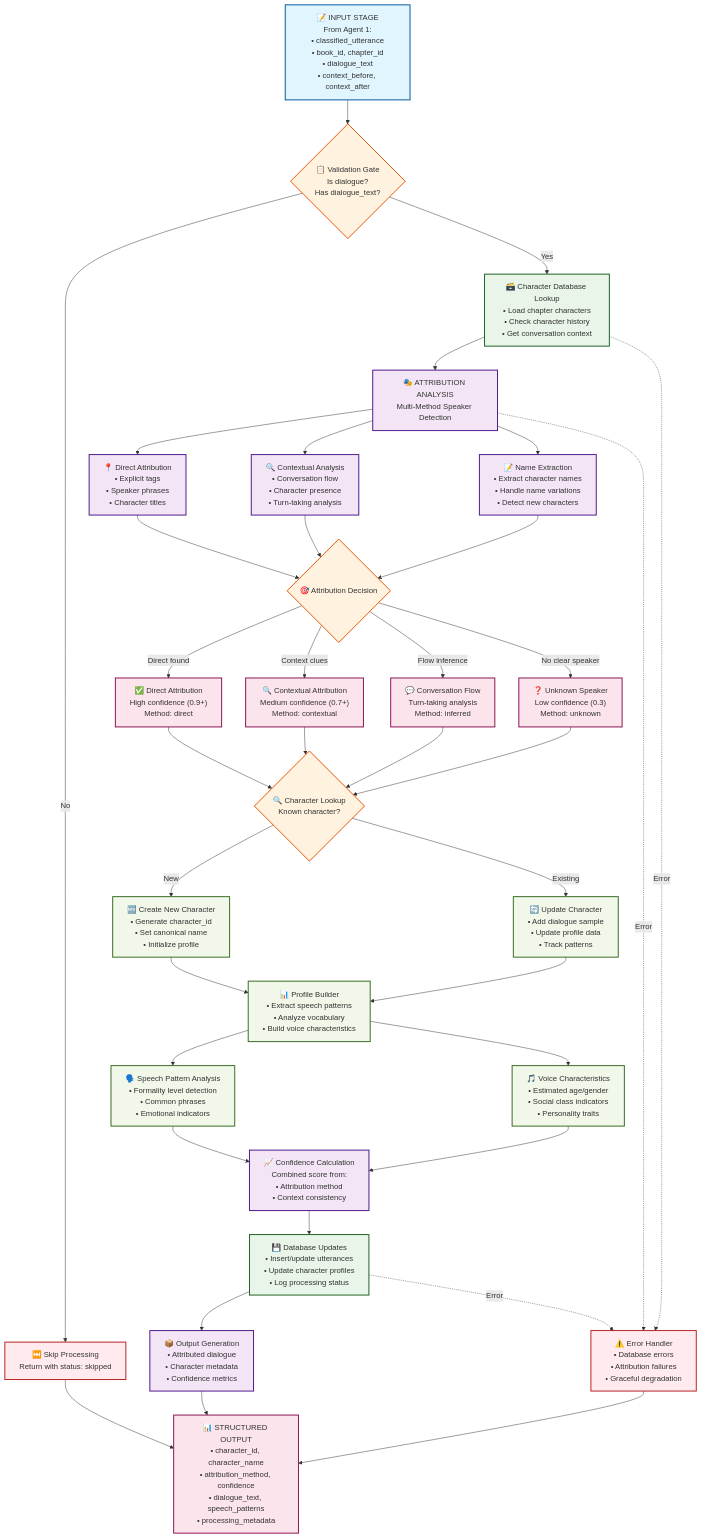
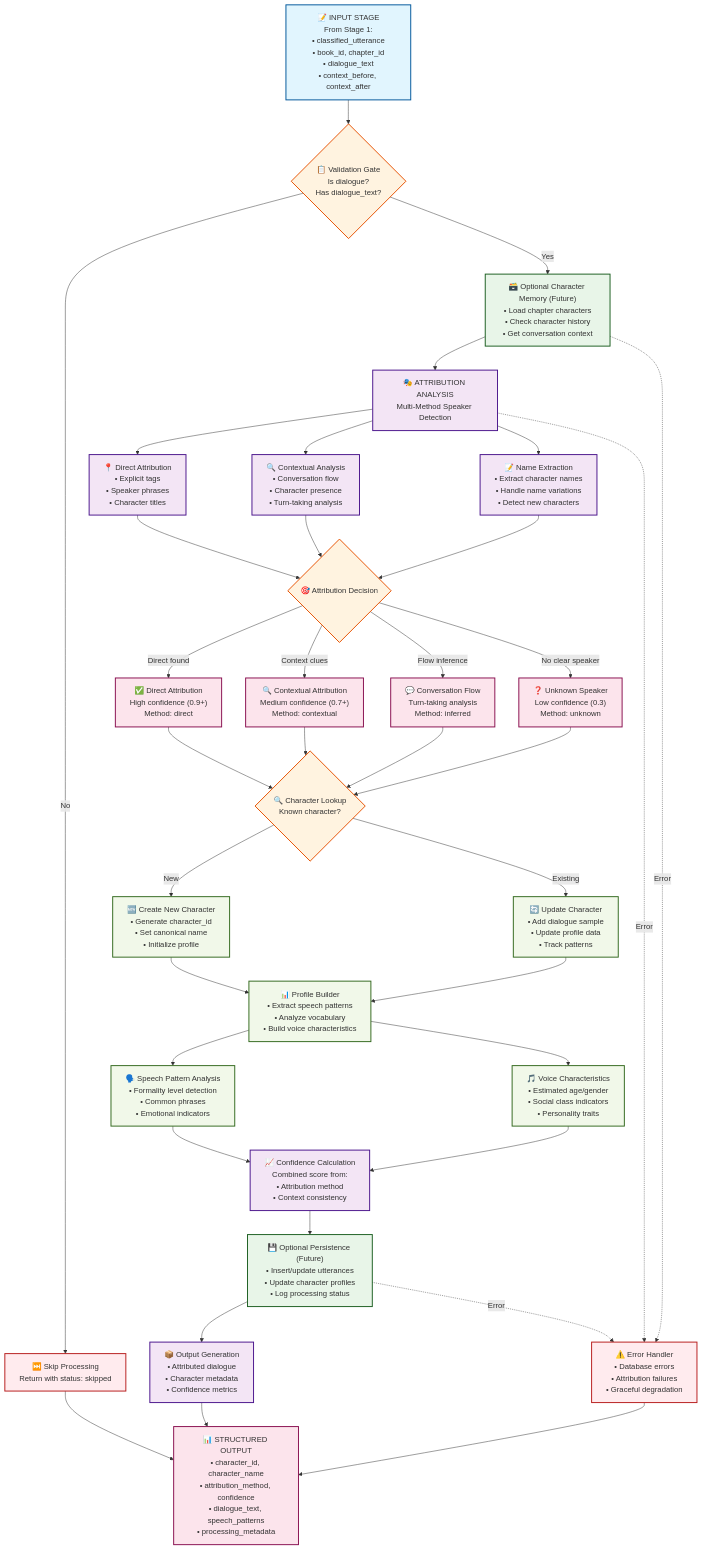
Before and after one commit to jwardwell7077/agent-audiobook-maker: the first of 2 diagrams in docs/04-diagrams/flows/agent-2-speaker-attribution-flow.md, drawn with Mermaid. The commit also changed other lines of this file and 10 other files, not shown here.

Commit message:
docs: align to two-stage; remove legacy two-agent docs; mark DB optional; rename Agent 1/2 to Stage 1/2; update diagrams and guides

````diff
--- a/docs/04-diagrams/flows/agent-2-speaker-attribution-flow.md
+++ b/docs/04-diagrams/flows/agent-2-speaker-attribution-flow.md
@@ -14,14 +14,14 @@
 ```mermaid
 flowchart TD
     %% Input Stage
-    INPUT["📝 INPUT STAGE<br/>From Agent 1:<br/>• classified_utterance<br/>• book_id, chapter_id<br/>• dialogue_text<br/>• context_before, context_after"]
+  INPUT["📝 INPUT STAGE<br/>From Stage 1:<br/>• classified_utterance<br/>• book_id, chapter_id<br/>• dialogue_text<br/>• context_before, context_after"]
     
     %% Validation Gate
     VALIDATION{"📋 Validation Gate<br/>Is dialogue?<br/>Has dialogue_text?"}
     SKIP["⏭️ Skip Processing<br/>Return with status: skipped"]
     
-    %% Character Database Lookup
-    DB_LOOKUP["🗃️ Character Database Lookup<br/>• Load chapter characters<br/>• Check character history<br/>• Get conversation context"]
+  %% Optional Character Memory (Future)
+  DB_LOOKUP["🗃️ Optional Character Memory (Future)<br/>• Load chapter characters<br/>• Check character history<br/>• Get conversation context"]
     
     %% Attribution Analysis Stage
     ATTRIBUTION_ANALYSIS["🎭 ATTRIBUTION ANALYSIS<br/>Multi-Method Speaker Detection"]
@@ -71,8 +71,8 @@
     %% Confidence Scoring
     CONFIDENCE_CALC["📈 Confidence Calculation<br/>Combined score from:<br/>• Attribution method<br/>• Context consistency"]
     
-    %% Database Updates
-    DB_UPDATES["💾 Database Updates<br/>• Insert/update utterances<br/>• Update character profiles<br/>• Log processing status"]
+  %% Optional Persistence (Future)
+  DB_UPDATES["💾 Optional Persistence (Future)<br/>• Insert/update utterances<br/>• Update character profiles<br/>• Log processing status"]
     
     %% Output Generation
     OUTPUT_GEN["📦 Output Generation<br/>• Attributed dialogue<br/>• Character metadata<br/>• Confidence metrics"]
````
